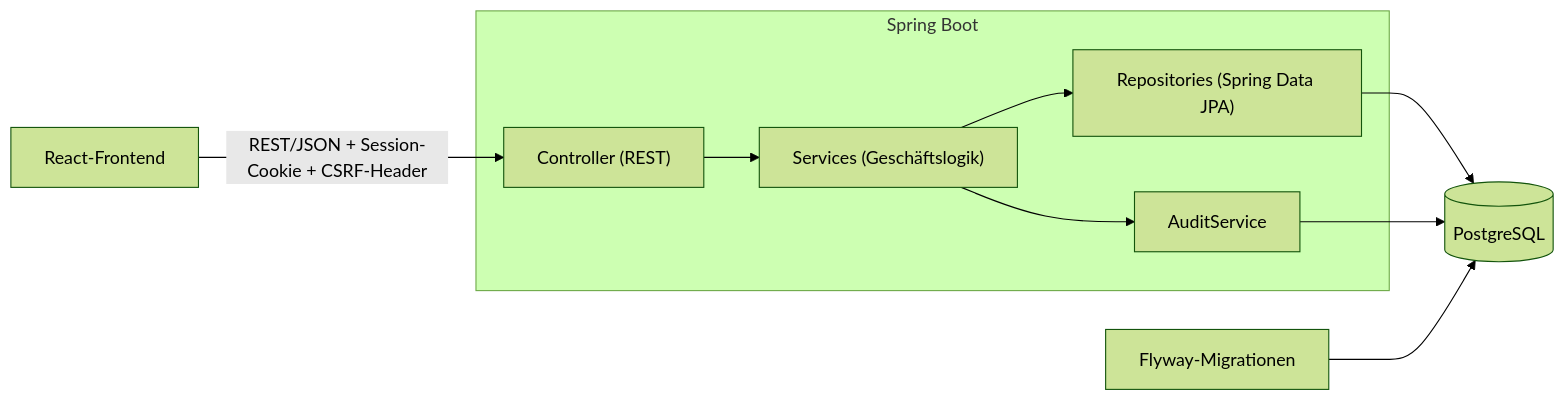
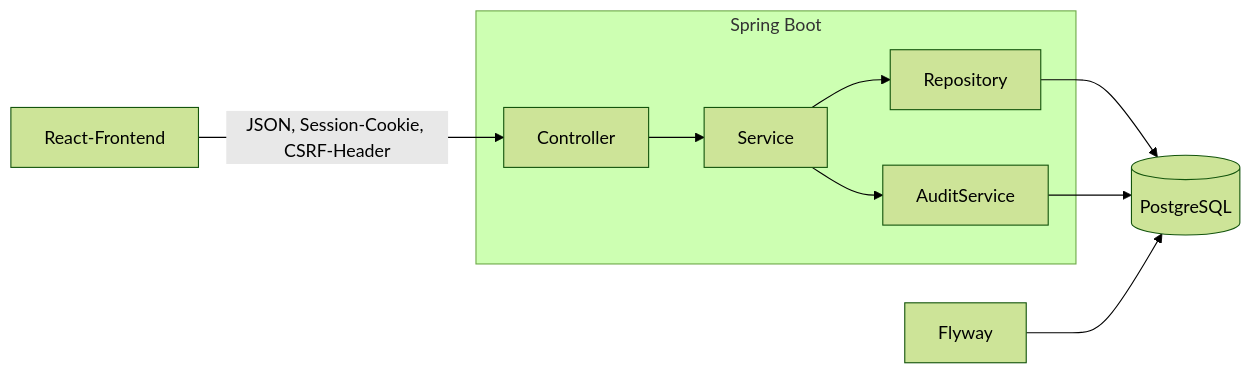
Before and after one commit to Ehsantba/zeiterfassung-spring-boot: the first of 2 diagrams in README.md, drawn with Mermaid (forest theme). The commit also changed other lines of this file and 2 other files, not shown here.

````diff
--- a/README.md
+++ b/README.md
@@ -58,12 +61,12 @@
 ```mermaid
 flowchart LR
-    Browser["React-Frontend"] -->|"REST/JSON + Session-Cookie + CSRF-Header"| Controller
+    Browser["React-Frontend"] -->|"JSON, Session-Cookie, CSRF-Header"| Controller
     subgraph Spring Boot
-        Controller["Controller (REST)"] --> Service["Services (Geschäftslogik)"]
-        Service --> Repository["Repositories (Spring Data JPA)"]
+        Controller --> Service
+        Service --> Repository
         Service --> Audit["AuditService"]
     end
     Repository --> DB[("PostgreSQL")]
     Audit --> DB
-    Flyway["Flyway-Migrationen"] --> DB
+    Flyway --> DB
 ```
````
